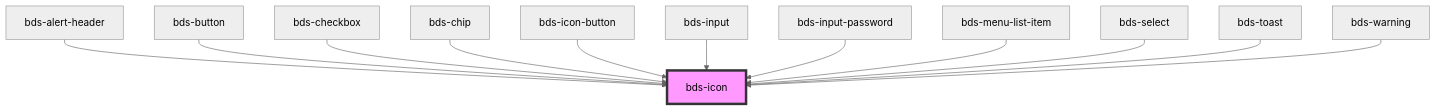
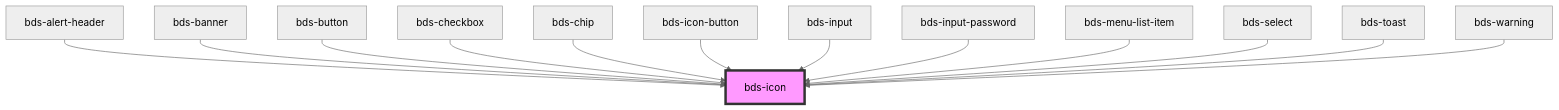
One commit to takenet/blip-ds changed the diagram in src/components/icon/readme.md. Above: the diagram before and after it, drawn with Mermaid (neutral theme). The commit also changed other lines of this file and 5 other files, not shown here.

````diff
--- a/src/components/icon/readme.md
+++ b/src/components/icon/readme.md
@@ -40,15 +41,16 @@
 ```mermaid
 graph TD;
   bds-alert-header --> bds-icon
+  bds-banner --> bds-icon
   bds-button --> bds-icon
   bds-checkbox --> bds-icon
   bds-chip --> bds-icon
   bds-icon-button --> bds-icon
   bds-input --> bds-icon
   bds-input-password --> bds-icon
   bds-menu-list-item --> bds-icon
   bds-select --> bds-icon
   bds-toast --> bds-icon
   bds-warning --> bds-icon
   style bds-icon fill:#f9f,stroke:#333,stroke-width:4px
 ```
````
